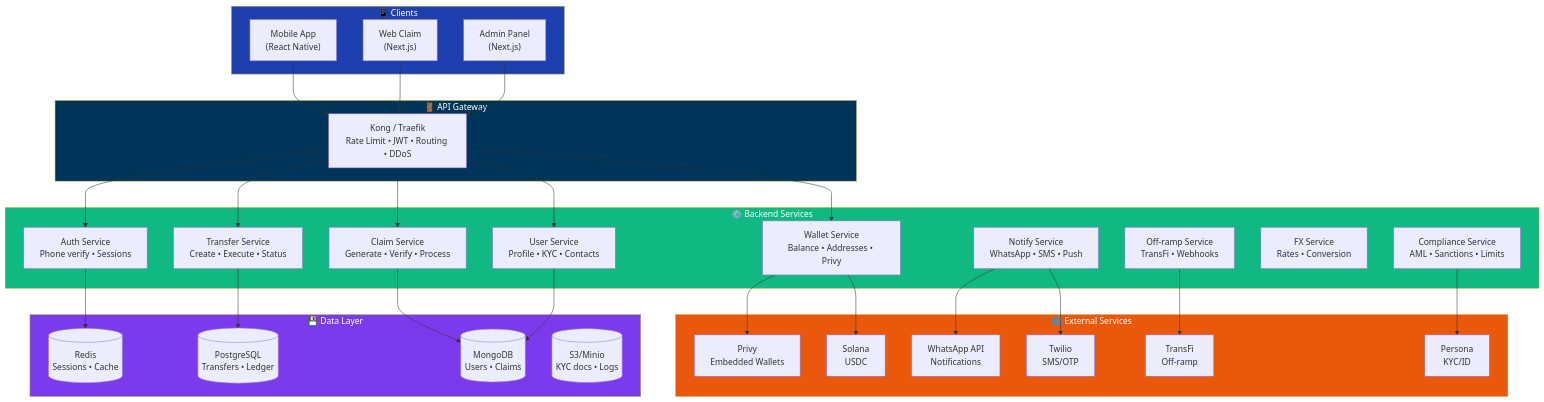
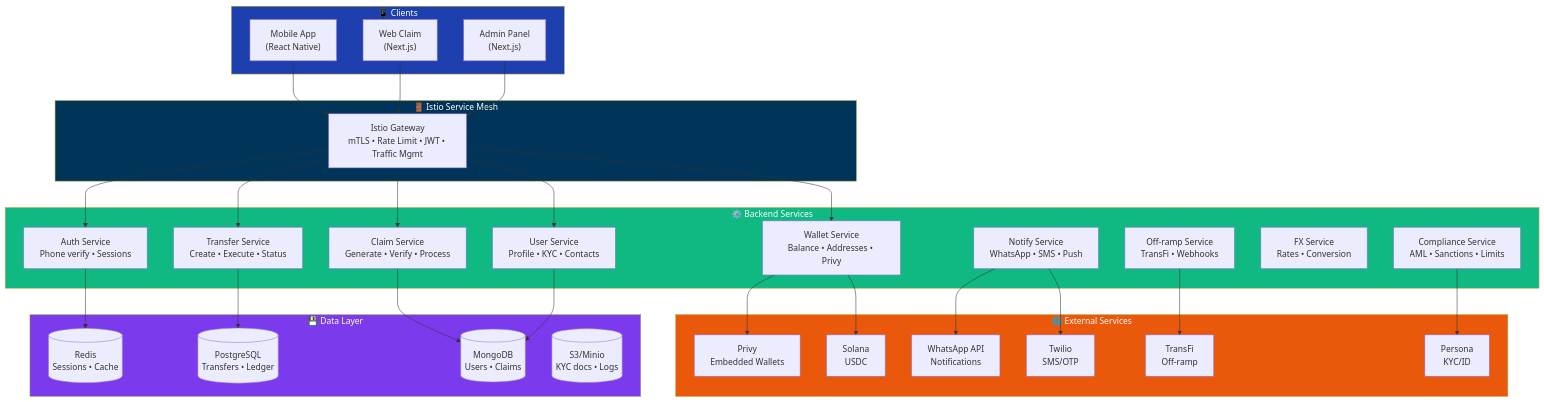
Before and after one commit to ping-cash/ping-cash: the first of 13 diagrams in docs/ARCHITECTURE.md, drawn with Mermaid. The commit also changed other lines of this file and 4 other files, not shown here.

First line of the commit message:
docs: add business model, cash flow docs and update to Istio

````diff
--- a/docs/ARCHITECTURE.md
+++ b/docs/ARCHITECTURE.md
@@ -14,67 +14,67 @@
 ```mermaid
 flowchart TB
     subgraph Clients["📱 Clients"]
         Mobile["Mobile App<br/>(React Native)"]
         Web["Web Claim<br/>(Next.js)"]
         Admin["Admin Panel<br/>(Next.js)"]
     end
 
-    subgraph Gateway["🚪 API Gateway"]
-        Kong["Kong / Traefik<br/>Rate Limit • JWT • Routing • DDoS"]
+    subgraph Gateway["🚪 Istio Service Mesh"]
+        Istio["Istio Gateway<br/>mTLS • Rate Limit • JWT • Traffic Mgmt"]
     end
 
     subgraph Services["⚙️ Backend Services"]
         Auth["Auth Service<br/>Phone verify • Sessions"]
         Transfer["Transfer Service<br/>Create • Execute • Status"]
         Claim["Claim Service<br/>Generate • Verify • Process"]
         User["User Service<br/>Profile • KYC • Contacts"]
         Wallet["Wallet Service<br/>Balance • Addresses • Privy"]
         Notify["Notify Service<br/>WhatsApp • SMS • Push"]
         Offramp["Off-ramp Service<br/>TransFi • Webhooks"]
         FX["FX Service<br/>Rates • Conversion"]
         Compliance["Compliance Service<br/>AML • Sanctions • Limits"]
     end
 
     subgraph Data["💾 Data Layer"]
         PG[(PostgreSQL<br/>Transfers • Ledger)]
         Mongo[(MongoDB<br/>Users • Claims)]
         Redis[(Redis<br/>Sessions • Cache)]
         S3[(S3/Minio<br/>KYC docs • Logs)]
     end
 
     subgraph External["🌐 External Services"]
         Privy["Privy<br/>Embedded Wallets"]
         TransFi["TransFi<br/>Off-ramp"]
         Twilio["Twilio<br/>SMS/OTP"]
         WhatsApp["WhatsApp API<br/>Notifications"]
         Solana["Solana<br/>USDC"]
         Persona["Persona<br/>KYC/ID"]
     end
 
-    Mobile --> Kong
-    Web --> Kong
-    Admin --> Kong
+    Mobile --> Istio
+    Web --> Istio
+    Admin --> Istio
 
-    Kong --> Auth
-    Kong --> Transfer
-    Kong --> Claim
-    Kong --> User
-    Kong --> Wallet
+    Istio --> Auth
+    Istio --> Transfer
+    Istio --> Claim
+    Istio --> User
+    Istio --> Wallet
 
     Auth --> Redis
     User --> Mongo
     Transfer --> PG
     Wallet --> Privy
     Wallet --> Solana
     Claim --> Mongo
     Offramp --> TransFi
     Notify --> WhatsApp
     Notify --> Twilio
     Compliance --> Persona
 
     style Gateway fill:#003459,color:#fff
     style Clients fill:#1e40af,color:#fff
     style Services fill:#10b981,color:#fff
     style Data fill:#7c3aed,color:#fff
     style External fill:#ea580c,color:#fff
 ```
````
